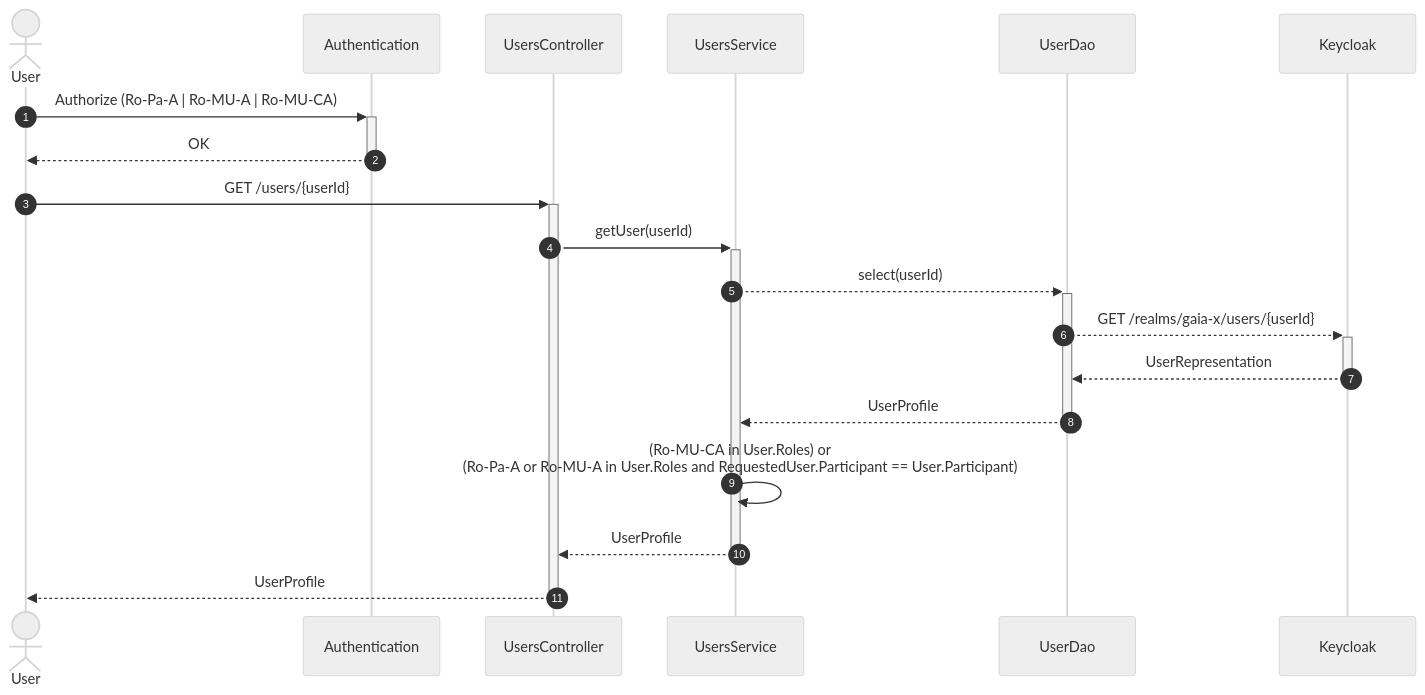
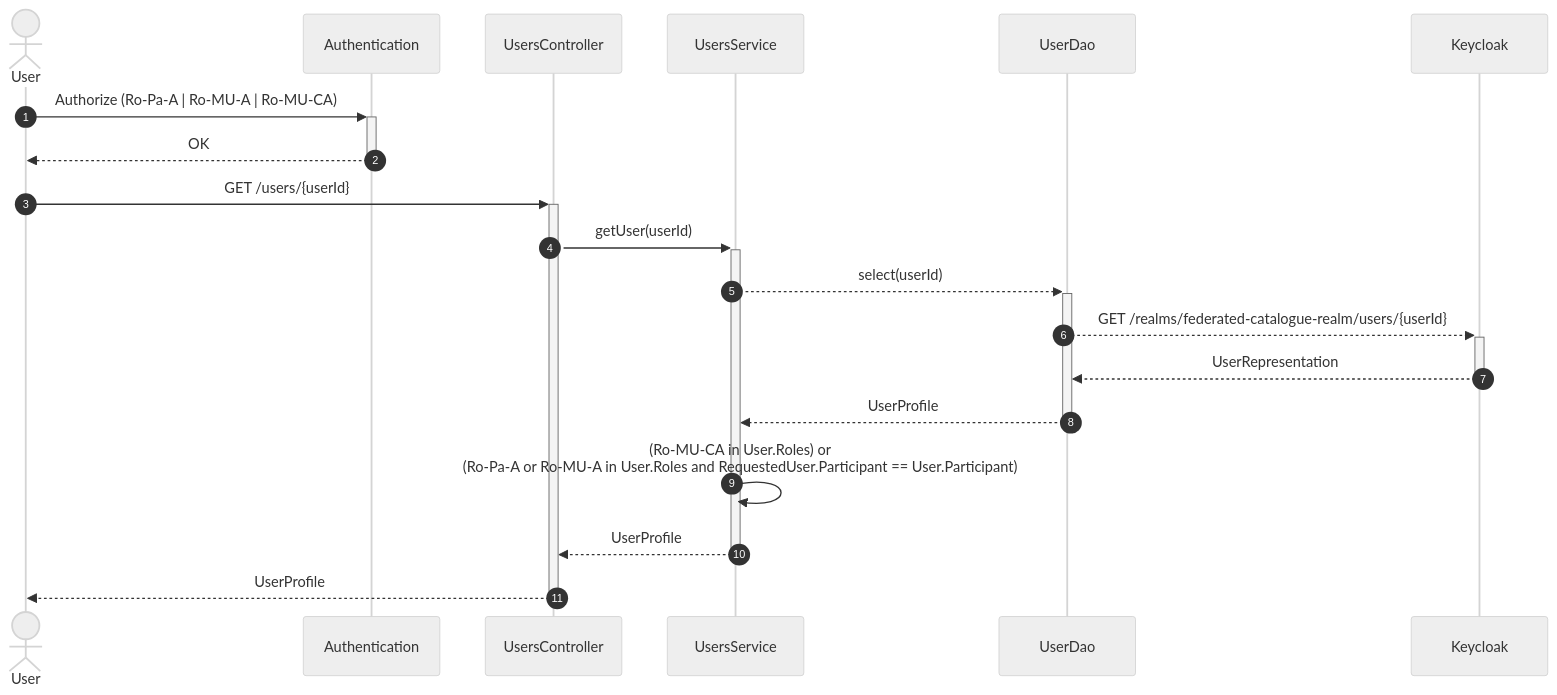
The ninth of 44 diagrams in federated-catalogue/src/docs/architecture/chapters/06_runtime_view.adoc (eclipse-xfsc/docs), drawn with Mermaid (neutral theme) before and after one commit. The commit also changed other lines of this file and 1 other file, not shown here.

First line of the commit message:
docs(arc42): Correct Keycloak realm and clarify user management authorization (#39)

```diff
--- a/federated-catalogue/src/docs/architecture/chapters/06_runtime_view.adoc
+++ b/federated-catalogue/src/docs/architecture/chapters/06_runtime_view.adoc
@@ -329,26 +329,26 @@
 [mermaid, width=2000]
 ....
 sequenceDiagram
     autonumber
     actor User
     participant Auth as Authentication
 
     participant API as UsersController
     participant service as UsersService
     participant dao as UserDao
     participant keycloak as Keycloak
 
     User ->> + Auth:Authorize (Ro-Pa-A | Ro-MU-A | Ro-MU-CA)
     Auth -->> - User:OK
 
     User ->> + API:GET /users/{userId}
     API ->> + service: getUser(userId)
     service -->> + dao: select(userId)
-    dao -->> + keycloak: GET /realms/gaia-x/users/{userId}
+    dao -->> + keycloak: GET /realms/federated-catalogue-realm/users/{userId}
     keycloak -->> - dao: UserRepresentation
     dao -->> - service: UserProfile
     service ->> service: (Ro-MU-CA in User.Roles) or <br>(Ro-Pa-A or Ro-MU-A in User.Roles and  RequestedUser.Participant == User.Participant)
 
     service -->> - API:UserProfile
     API -->> - User: UserProfile
 ....
```
